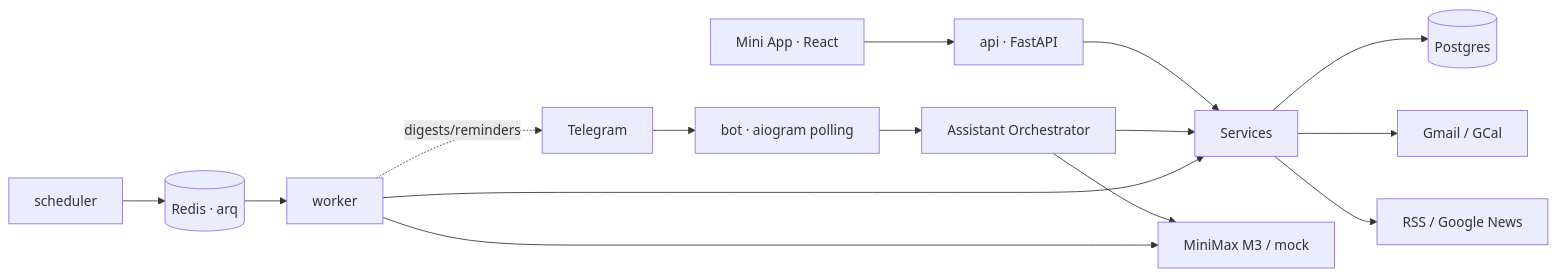
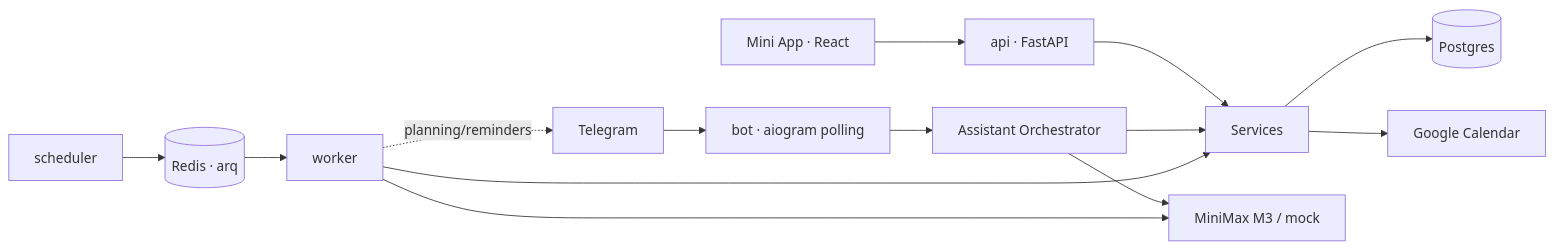
The diagram in README.md (Maksim-Burtsev/lumi), drawn with Mermaid before and after one commit. The commit also changed other lines of this file and 62 other files, not shown here.

````diff
--- a/README.md
+++ b/README.md
@@ -33,17 +30,16 @@
 ```mermaid
 flowchart LR
     U[Telegram] --> BOT[bot · aiogram polling]
     MA[Mini App · React] --> API[api · FastAPI]
     BOT --> ORCH[Assistant Orchestrator]
     API --> SVC[Services]
     ORCH --> SVC
     SVC --> PG[(Postgres)]
     ORCH --> LLM[MiniMax M3 / mock]
     SCHED[scheduler] --> RQ[(Redis · arq)]
     RQ --> WRK[worker]
     WRK --> SVC
     WRK --> LLM
-    WRK -. digests/reminders .-> U
-    SVC --> GOOGLE[Gmail / GCal]
-    SVC --> RSS[RSS / Google News]
+    WRK -. planning/reminders .-> U
+    SVC --> GOOGLE[Google Calendar]
 ```
````
